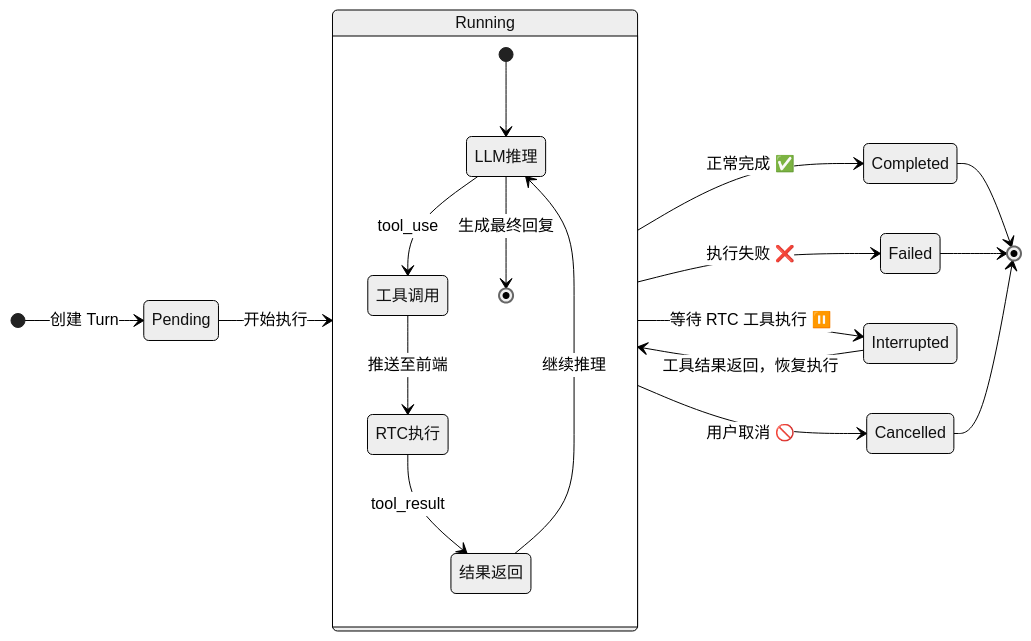
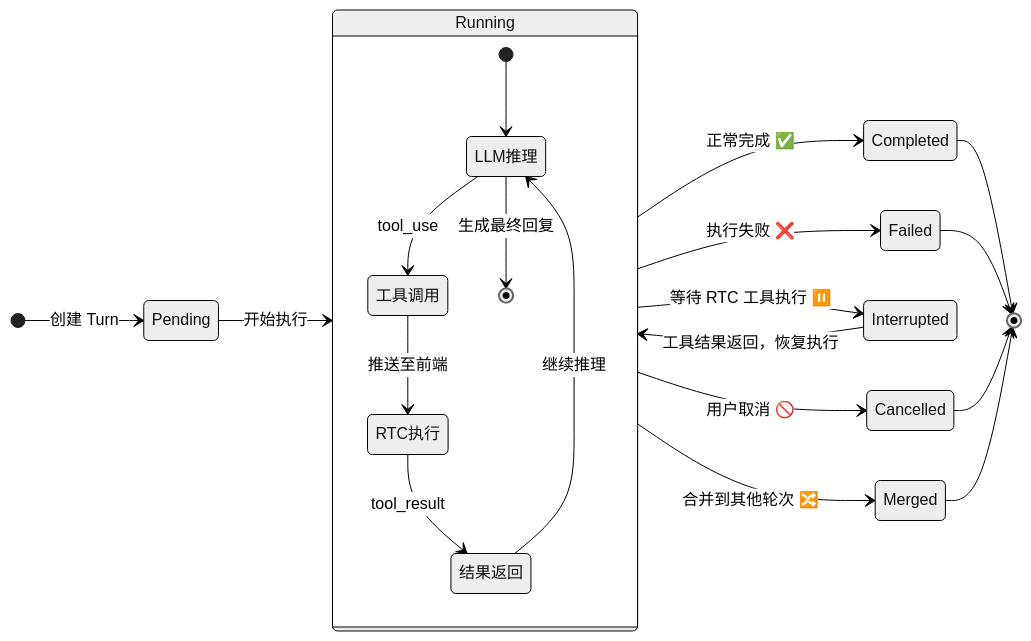
The fourth of 8 diagrams in src/content/docs/features/messaging.md (rtc-agent/docs), drawn with Mermaid (neutral theme) before and after one commit. The commit also changed other lines of this file and 60 other files, not shown here.

First line of the commit message:
docs(site): refresh documentation with new sections and improved diagrams

````diff
--- a/src/content/docs/features/messaging.md
+++ b/src/content/docs/features/messaging.md
@@ -96,27 +102,29 @@
 ```mermaid
 stateDiagram-v2
     direction LR
 
     [*] --> Pending: 创建 Turn
     Pending --> Running: 开始执行
 
     Running --> Completed: 正常完成 ✅
     Running --> Failed: 执行失败 ❌
     Running --> Interrupted: 等待 RTC 工具执行 ⏸️
     Running --> Cancelled: 用户取消 🚫
+    Running --> Merged: 合并到其他轮次 🔀
 
     Interrupted --> Running: 工具结果返回，恢复执行
 
     Completed --> [*]
     Failed --> [*]
     Cancelled --> [*]
+    Merged --> [*]
 
     state Running {
         [*] --> LLM推理
         LLM推理 --> 工具调用: tool_use
         工具调用 --> RTC执行: 推送至前端
         RTC执行 --> 结果返回: tool_result
         结果返回 --> LLM推理: 继续推理
         LLM推理 --> [*]: 生成最终回复
     }
 ```
````
